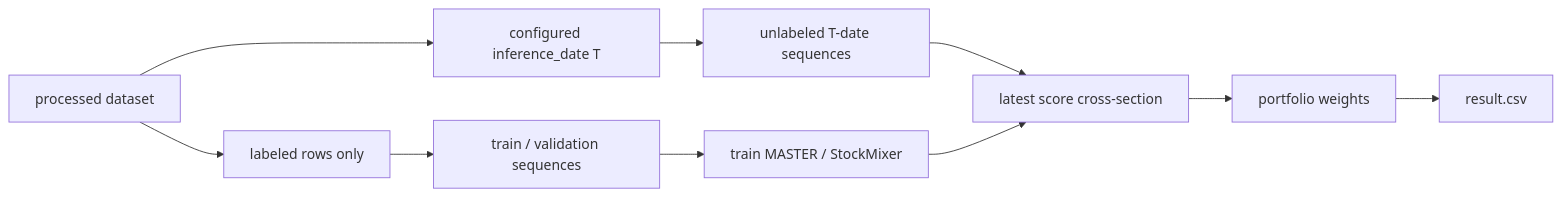
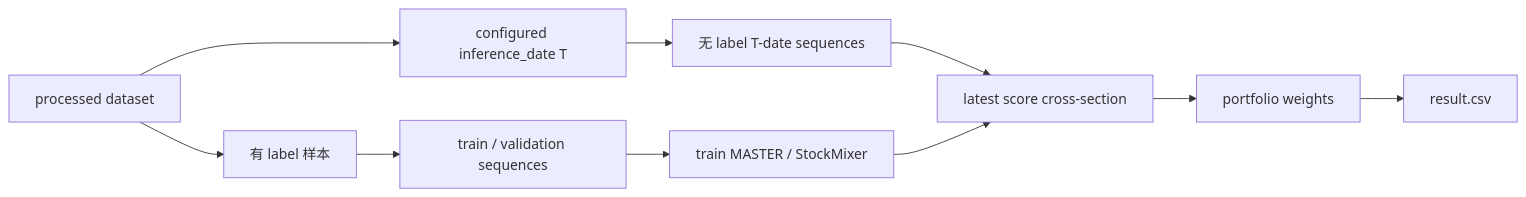
The first of 5 diagrams in docs/code_review_meeting_2026_05_07.md (stockbaby/Stock-forecast), drawn with Mermaid before and after one commit. The commit also changed other lines of this file and 21 other files, not shown here.

````diff
--- a/docs/code_review_meeting_2026_05_07.md
+++ b/docs/code_review_meeting_2026_05_07.md
@@ -345,12 +327,12 @@
 ```mermaid
 flowchart LR
-    A["processed dataset"] --> B["labeled rows only"]
+    A["processed dataset"] --> B["有 label 样本"]
     B --> C["train / validation sequences"]
     A --> D["configured inference_date T"]
-    D --> E["unlabeled T-date sequences"]
+    D --> E["无 label T-date sequences"]
     C --> F["train MASTER / StockMixer"]
     E --> G["latest score cross-section"]
     F --> G
     G --> H["portfolio weights"]
     H --> I["result.csv"]
 ```
````
